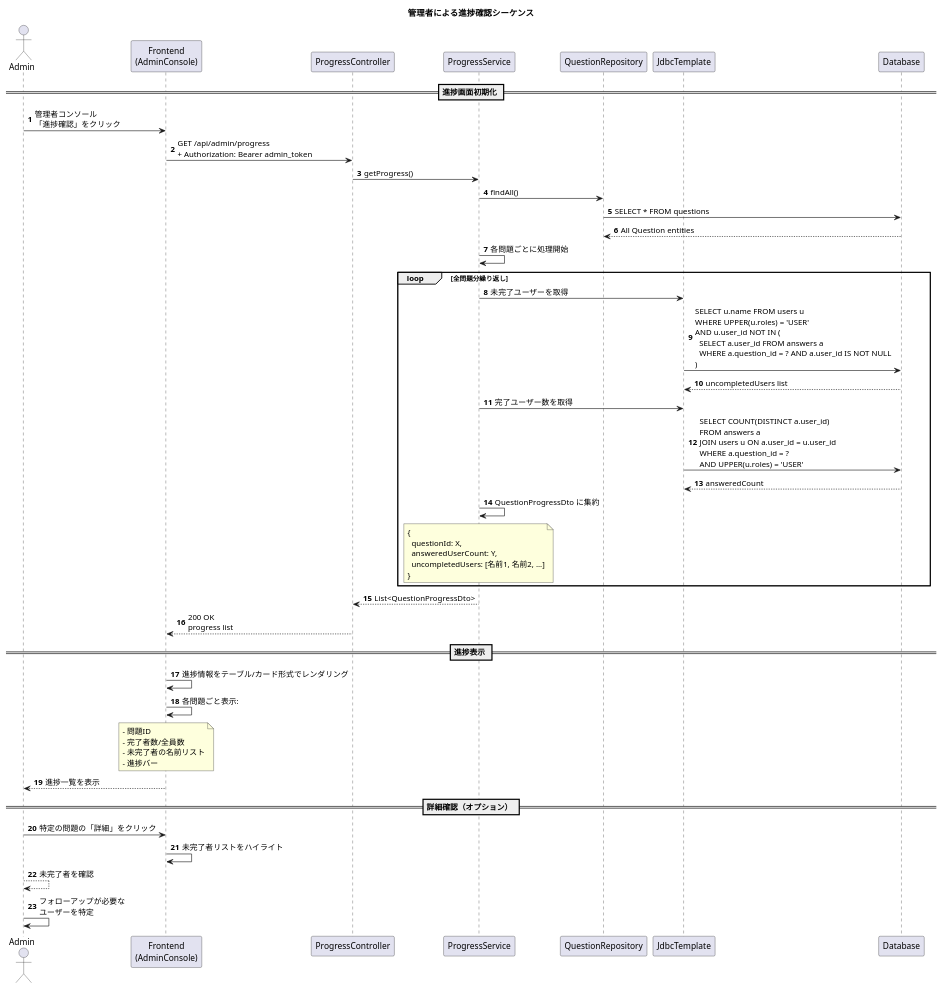
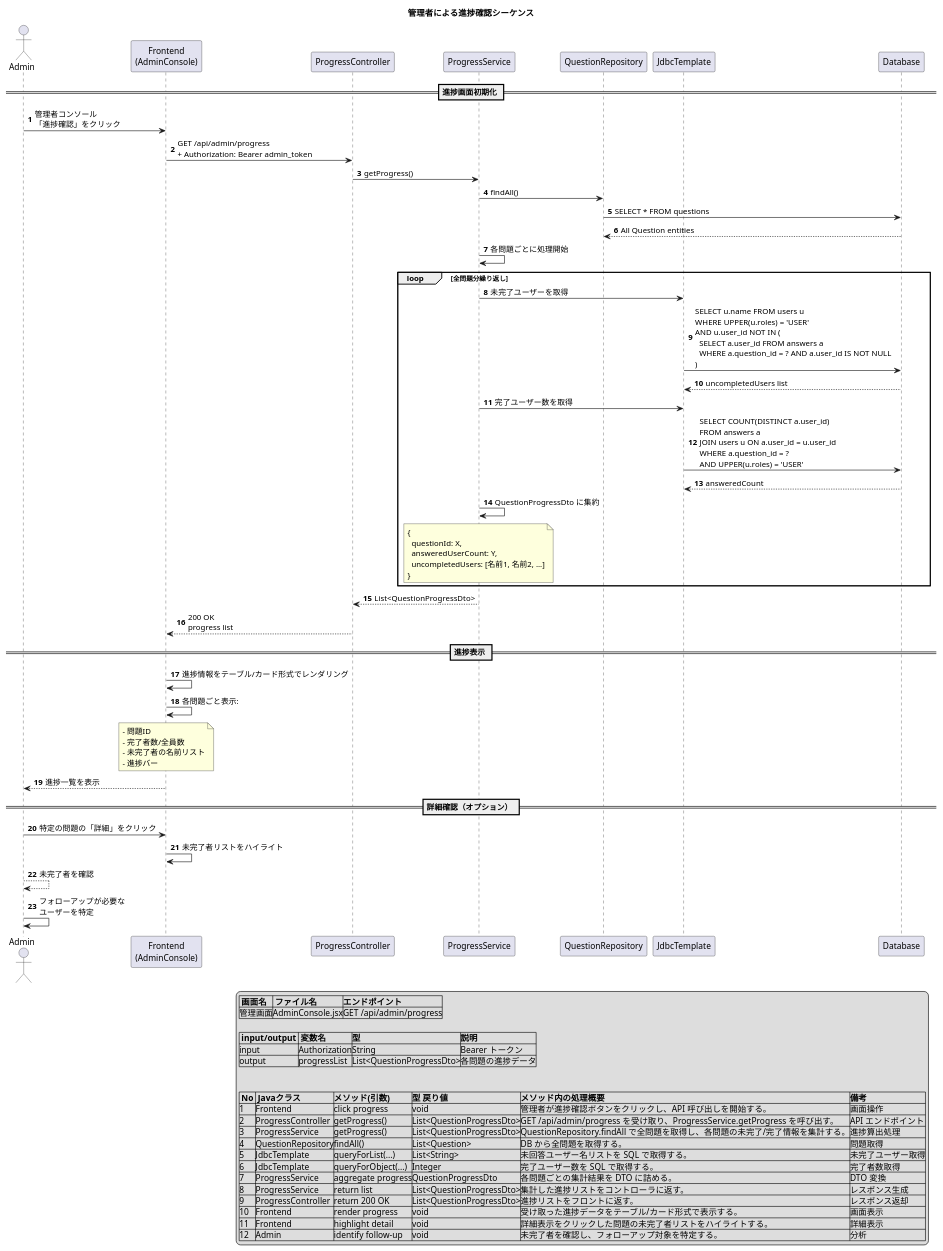
The diagram in docs/uml/sequence/sequence-admin-progress-check.puml (MyonsokuI/work_preview_app), drawn with PlantUML before and after one commit. The commit also changed 4 other files, not shown here.

Commit message:
Enhance UML sequence diagrams with endpoint design and detailed input/output specifications for admin progress check, user journey, JWT authentication, login flow, and question-answer flow

```diff
--- a/docs/uml/sequence/sequence-admin-progress-check.puml
+++ b/docs/uml/sequence/sequence-admin-progress-check.puml
@@ -1,69 +1,101 @@
 @startuml 管理者進捗確認フロー
 autonumber
 title 管理者による進捗確認シーケンス
 
 actor Admin as admin
 participant "Frontend\n(AdminConsole)" as frontend
 participant "ProgressController" as pController
 participant "ProgressService" as pService
 participant "QuestionRepository" as qRepo
 participant "JdbcTemplate" as jdbc
 participant "Database" as db
 
 == 進捗画面初期化 ==
 admin -> frontend: 管理者コンソール\n「進捗確認」をクリック
 frontend -> pController: GET /api/admin/progress\n+ Authorization: Bearer admin_token
 
 pController -> pService: getProgress()
 
 pService -> qRepo: findAll()
 qRepo -> db: SELECT * FROM questions
 db --> qRepo: All Question entities
 
 pService -> pService: 各問題ごとに処理開始
 
 loop 全問題分繰り返し
     
     pService -> jdbc: 未完了ユーザーを取得
     jdbc -> db: SELECT u.name FROM users u\nWHERE UPPER(u.roles) = 'USER'\nAND u.user_id NOT IN (\n  SELECT a.user_id FROM answers a\n  WHERE a.question_id = ? AND a.user_id IS NOT NULL\n)
     db --> jdbc: uncompletedUsers list
     
     pService -> jdbc: 完了ユーザー数を取得
     jdbc -> db: SELECT COUNT(DISTINCT a.user_id)\nFROM answers a\nJOIN users u ON a.user_id = u.user_id\nWHERE a.question_id = ?\nAND UPPER(u.roles) = 'USER'
     db --> jdbc: answeredCount
     
     pService -> pService: QuestionProgressDto に集約
     note over pService
         {
           questionId: X,
           answeredUserCount: Y,
           uncompletedUsers: [名前1, 名前2, ...]
         }
     end note
     
 end
 
 pService --> pController: List<QuestionProgressDto>
 pController --> frontend: 200 OK\nprogress list
 
 == 進捗表示 ==
 frontend -> frontend: 進捗情報をテーブル/カード形式でレンダリング
 
 frontend -> frontend: 各問題ごと表示:
 note over frontend
   - 問題ID
   - 完了者数/全員数
   - 未完了者の名前リスト
   - 進捗バー
 end note
 
 frontend --> admin: 進捗一覧を表示
 
 == 詳細確認（オプション） ==
 admin -> frontend: 特定の問題の「詳細」をクリック
 frontend -> frontend: 未完了者リストをハイライト
 admin --> admin: 未完了者を確認
 
 admin -> admin: フォローアップが必要な\nユーザーを特定
 
+'② エンドポイント設計
+legend right
+|= 画面名 |= ファイル名 |=エンドポイント|
+|管理画面|AdminConsole.jsx|GET /api/admin/progress|
+
+'③ インプット・アウトプット
+|= input/output |= 変数名 |=型|=説明|
+|input|Authorization|String|Bearer トークン|
+|output|progressList|List<QuestionProgressDto>|各問題の進捗データ|
+
+/'
+④ ①の図の詳細説明表
+- Javaクラス名：メソッドを実装するクラス名を記述する。（クラス図参照）
+- 処理メソッド名：使用するメソッド名を記述する。（クラス図参照）
+- 処理の流れ：メソッド内の処理内容を順番通りに日本語で説明する。図にも入力・出力の変数を示すが、言葉でより詳細に説明する。
+- 備考：（実装のヒントや使用想定の要素技術などを記述する。）'/
+
+|= No |= Javaクラス |=メソッド(引数)|=型 戻り値|=メソッド内の処理概要|=備考|
+|1|Frontend|click progress|void|管理者が進捗確認ボタンをクリックし、API 呼び出しを開始する。|画面操作|
+|2|ProgressController|getProgress()|List<QuestionProgressDto>|GET /api/admin/progress を受け取り、ProgressService.getProgress を呼び出す。|API エンドポイント|
+|3|ProgressService|getProgress()|List<QuestionProgressDto>|QuestionRepository.findAll で全問題を取得し、各問題の未完了/完了情報を集計する。|進捗算出処理|
+|4|QuestionRepository|findAll()|List<Question>|DB から全問題を取得する。|問題取得|
+|5|JdbcTemplate|queryForList(...)|List<String>|未回答ユーザー名リストを SQL で取得する。|未完了ユーザー取得|
+|6|JdbcTemplate|queryForObject(...)|Integer|完了ユーザー数を SQL で取得する。|完了者数取得|
+|7|ProgressService|aggregate progress|QuestionProgressDto|各問題ごとの集計結果を DTO に詰める。|DTO 変換|
+|8|ProgressService|return list|List<QuestionProgressDto>|集計した進捗リストをコントローラに返す。|レスポンス生成|
+|9|ProgressController|return 200 OK|List<QuestionProgressDto>|進捗リストをフロントに返す。|レスポンス返却|
+|10|Frontend|render progress|void|受け取った進捗データをテーブル/カード形式で表示する。|画面表示|
+|11|Frontend|highlight detail|void|詳細表示をクリックした問題の未完了者リストをハイライトする。|詳細表示|
+|12|Admin|identify follow-up|void|未完了者を確認し、フォローアップ対象を特定する。|分析|
+endlegend
+
 @enduml
```
